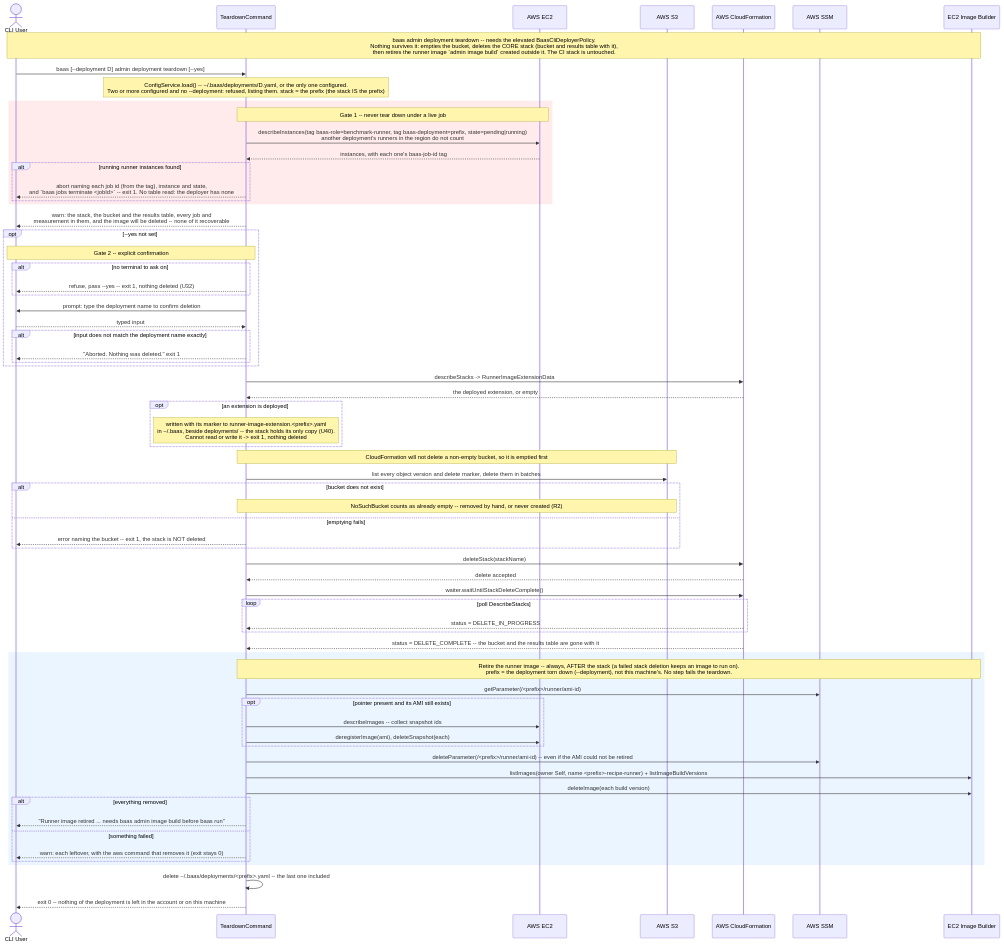
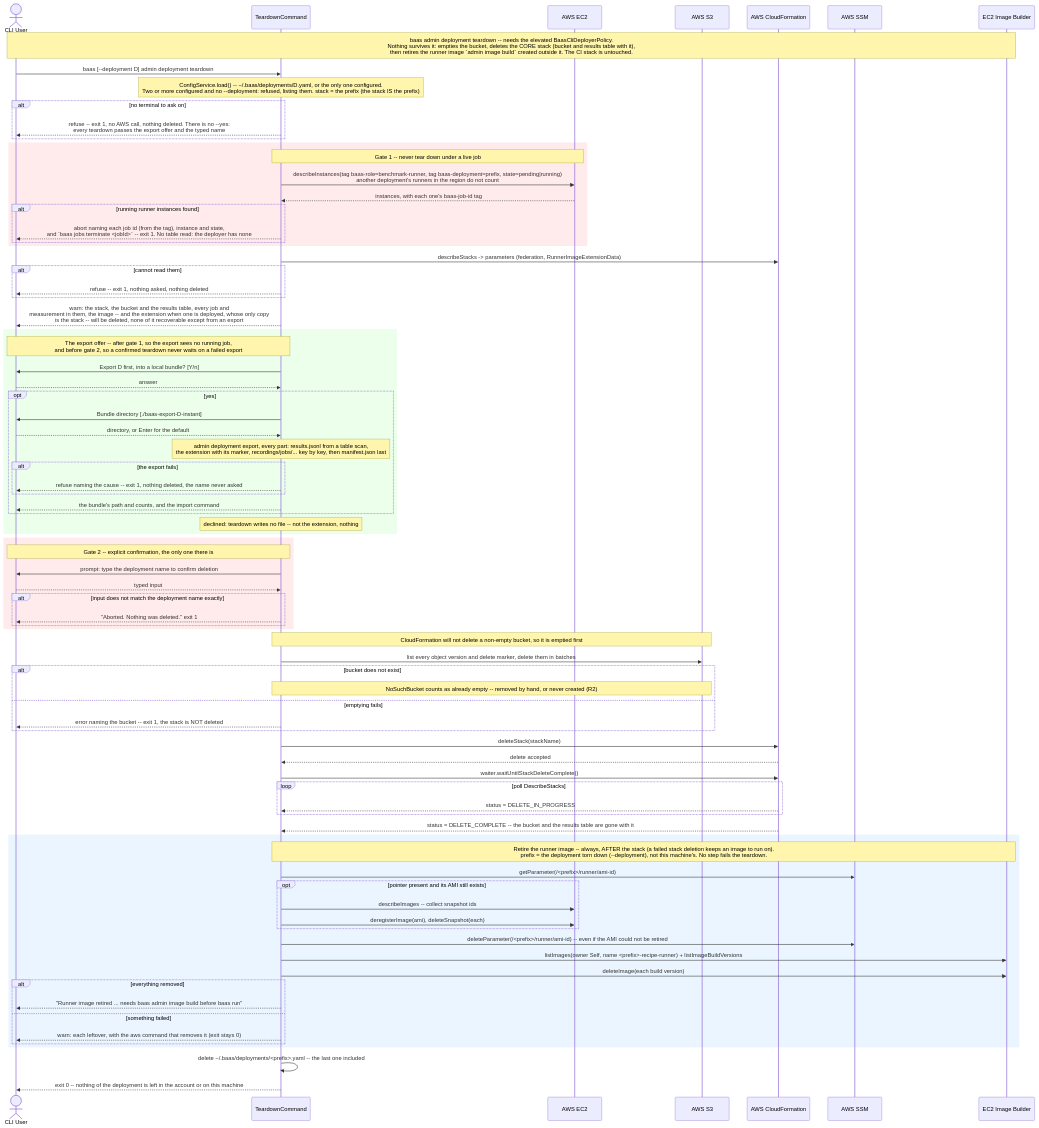
One commit to wsztajerowski/benchmark-as-a-service changed the diagram in docs/diagrams/baas-teardown.mmd. Above: the diagram before and after it, drawn with Mermaid. The commit also changed 6 other files, not shown here.

First line of the commit message:
docs: record export, import and teardown's export offer

```diff
--- a/docs/diagrams/baas-teardown.mmd
+++ b/docs/diagrams/baas-teardown.mmd
@@ -1,76 +1,91 @@
 sequenceDiagram
     actor User as CLI User
     participant TD as TeardownCommand
     participant EC2 as AWS EC2
     participant S3 as AWS S3
     participant CF as AWS CloudFormation
     participant SSM as AWS SSM
     participant IB as EC2 Image Builder
 
     Note over User,IB: baas admin deployment teardown -- needs the elevated BaasCliDeployerPolicy.<br/>Nothing survives it: empties the bucket, deletes the CORE stack (bucket and results table with it),<br/>then retires the runner image `admin image build` created outside it. The CI stack is untouched.
-    User->>TD: baas [--deployment D] admin deployment teardown [--yes]
+    User->>TD: baas [--deployment D] admin deployment teardown
     Note over TD: ConfigService.load() -- ~/.baas/deployments/D.yaml, or the only one configured.<br/>Two or more configured and no --deployment: refused, listing them. stack = the prefix (the stack IS the prefix)
+    alt no terminal to ask on
+        TD-->>User: refuse -- exit 1, no AWS call, nothing deleted. There is no --yes:<br/>every teardown passes the export offer and the typed name
+    end
 
     rect rgb(255, 235, 235)
         Note over TD,EC2: Gate 1 -- never tear down under a live job
         TD->>EC2: describeInstances(tag baas-role=benchmark-runner, tag baas-deployment=prefix, state=pending|running)<br/>another deployment's runners in the region do not count
         EC2-->>TD: instances, with each one's baas-job-id tag
         alt running runner instances found
             TD-->>User: abort naming each job id (from the tag), instance and state,<br/>and `baas jobs terminate <jobId>` -- exit 1. No table read: the deployer has none
         end
     end
 
-    TD-->>User: warn: the stack, the bucket and the results table, every job and<br/>measurement in them, and the image will be deleted -- none of it recoverable
-    opt --yes not set
-        Note over TD,User: Gate 2 -- explicit confirmation
-        alt no terminal to ask on
-            TD-->>User: refuse, pass --yes -- exit 1, nothing deleted (U32)
+    TD->>CF: describeStacks -> parameters (federation, RunnerImageExtensionData)
+    alt cannot read them
+        TD-->>User: refuse -- exit 1, nothing asked, nothing deleted
+    end
+    TD-->>User: warn: the stack, the bucket and the results table, every job and<br/>measurement in them, the image -- and the extension when one is deployed, whose only copy<br/>is the stack -- will be deleted, none of it recoverable except from an export
+
+    rect rgb(235, 255, 235)
+        Note over TD,User: The export offer -- after gate 1, so the export sees no running job,<br/>and before gate 2, so a confirmed teardown never waits on a failed export
+        TD->>User: Export D first, into a local bundle? [Y/n]
+        User-->>TD: answer
+        opt yes
+            TD->>User: Bundle directory [./baas-export-D-instant]
+            User-->>TD: directory, or Enter for the default
+            Note over TD: admin deployment export, every part: results.jsonl from a table scan,<br/>the extension with its marker, recordings/jobs/... key by key, then manifest.json last
+            alt the export fails
+                TD-->>User: refuse naming the cause -- exit 1, nothing deleted, the name never asked
+            end
+            TD-->>User: the bundle's path and counts, and the import command
         end
+        Note over TD: declined: teardown writes no file -- not the extension, nothing
+    end
+
+    rect rgb(255, 235, 235)
+        Note over TD,User: Gate 2 -- explicit confirmation, the only one there is
         TD->>User: prompt: type the deployment name to confirm deletion
         User-->>TD: typed input
         alt input does not match the deployment name exactly
             TD-->>User: "Aborted. Nothing was deleted." exit 1
         end
-    end
-
-    TD->>CF: describeStacks -> RunnerImageExtensionData
-    CF-->>TD: the deployed extension, or empty
-    opt an extension is deployed
-        Note over TD: written with its marker to runner-image-extension.<prefix>.yaml<br/>in ~/.baas, beside deployments/ -- the stack holds its only copy (U40).<br/>Cannot read or write it -> exit 1, nothing deleted
     end
 
     Note over TD,S3: CloudFormation will not delete a non-empty bucket, so it is emptied first
     TD->>S3: list every object version and delete marker, delete them in batches
     alt bucket does not exist
         Note over TD,S3: NoSuchBucket counts as already empty -- removed by hand, or never created (R2)
     else emptying fails
         TD-->>User: error naming the bucket -- exit 1, the stack is NOT deleted
     end
 
     TD->>CF: deleteStack(stackName)
     CF-->>TD: delete accepted
     TD->>CF: waiter.waitUntilStackDeleteComplete()
     loop poll DescribeStacks
         CF-->>TD: status = DELETE_IN_PROGRESS
     end
     CF-->>TD: status = DELETE_COMPLETE -- the bucket and the results table are gone with it
 
     rect rgb(235, 245, 255)
         Note over TD,IB: Retire the runner image -- always, AFTER the stack (a failed stack deletion keeps an image to run on).<br/>prefix = the deployment torn down (--deployment), not this machine's. No step fails the teardown.
         TD->>SSM: getParameter(/<prefix>/runner/ami-id)
         opt pointer present and its AMI still exists
             TD->>EC2: describeImages -- collect snapshot ids
             TD->>EC2: deregisterImage(ami), deleteSnapshot(each)
         end
         TD->>SSM: deleteParameter(/<prefix>/runner/ami-id) -- even if the AMI could not be retired
         TD->>IB: listImages(owner Self, name <prefix>-recipe-runner) + listImageBuildVersions
         TD->>IB: deleteImage(each build version)
         alt everything removed
             TD-->>User: "Runner image retired ... needs baas admin image build before baas run"
         else something failed
             TD-->>User: warn: each leftover, with the aws command that removes it (exit stays 0)
         end
     end
 
     TD->>TD: delete ~/.baas/deployments/<prefix>.yaml -- the last one included
     TD-->>User: exit 0 -- nothing of the deployment is left in the account or on this machine
```
